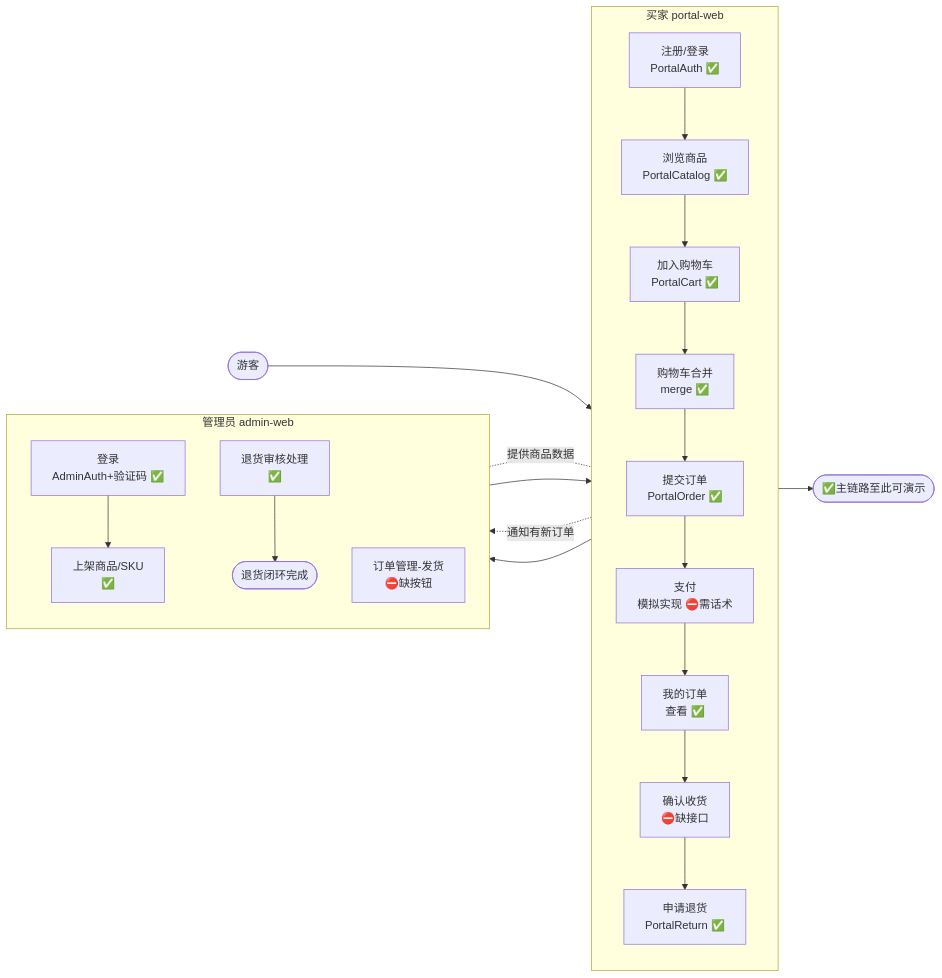
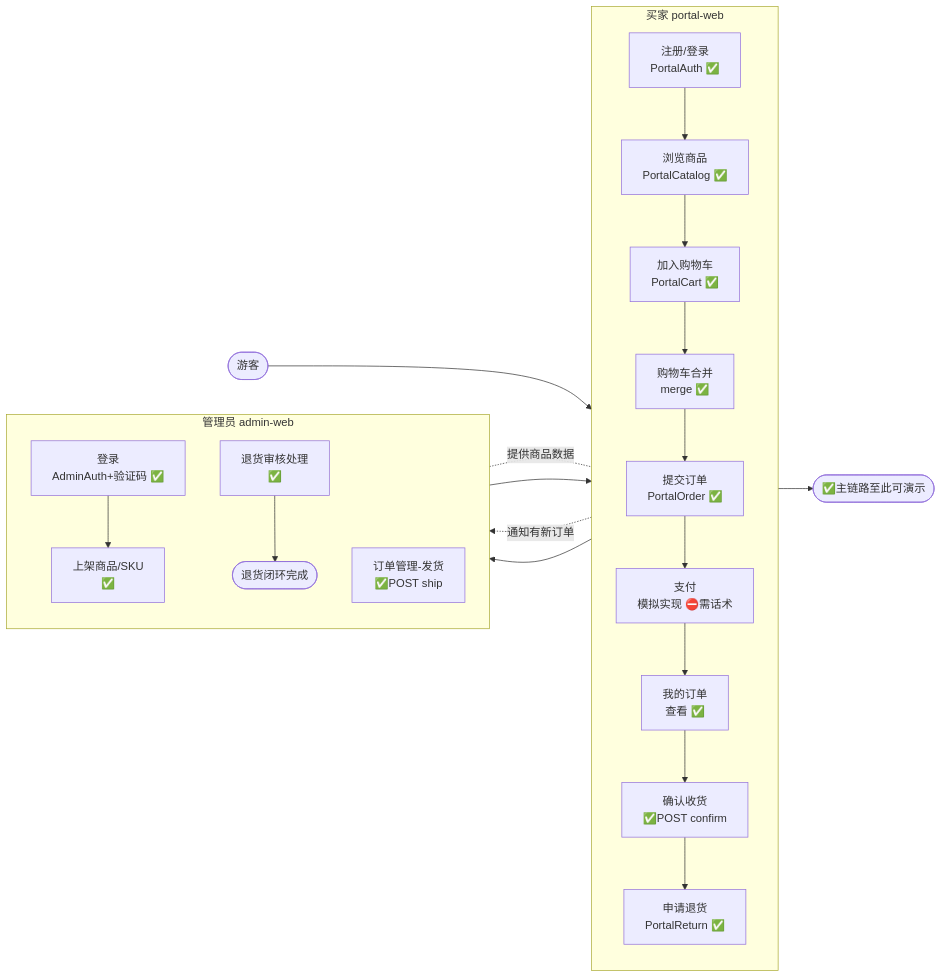
The diagram in docs/flows/2-主链路总览图.mmd (zzy-repo/qiqi-mall), drawn with Mermaid before and after one commit. The commit also changed 56 other files, not shown here.

Commit message:
feat: 图片上传(MinIO链路) + 死锁重试与幂等令牌 + 订单号并发唯一 + C端订单分页 + docs 同步

```diff
--- a/docs/flows/2-主链路总览图.mmd
+++ b/docs/flows/2-主链路总览图.mmd
@@ -1,26 +1,26 @@
 flowchart LR
     subgraph Buyer[买家 portal-web]
         direction TB
         B1[注册/登录<br/>PortalAuth ✅] --> B2[浏览商品<br/>PortalCatalog ✅]
         B2 --> B3[加入购物车<br/>PortalCart ✅]
         B3 --> B4[购物车合并<br/>merge ✅]
         B4 --> B5[提交订单<br/>PortalOrder ✅]
         B5 --> B6[支付<br/>模拟实现 ⛔需话术]
         B6 --> B7[我的订单<br/>查看 ✅]
-        B7 --> B8[确认收货<br/>⛔缺接口]
+        B7 --> B8[确认收货<br/>✅POST confirm]
         B8 --> B9[申请退货<br/>PortalReturn ✅]
     end
 
     subgraph Admin[管理员 admin-web]
         direction TB
         A1[登录<br/>AdminAuth+验证码 ✅]
         A1 --> A2[上架商品/SKU<br/>✅]
         A2 -.提供商品数据.- B2
-        B6 -.通知有新订单.-> A3[订单管理-发货<br/>⛔缺按钮]
+        B6 -.通知有新订单.-> A3[订单管理-发货<br/>✅POST ship]
         A3 --> B8
         B9 --> A4[退货审核处理<br/>✅]
         A4 --> End([退货闭环完成])
     end
 
     Start([游客]) --> B1
     B7 --> Mine([✅主链路至此可演示])
```
